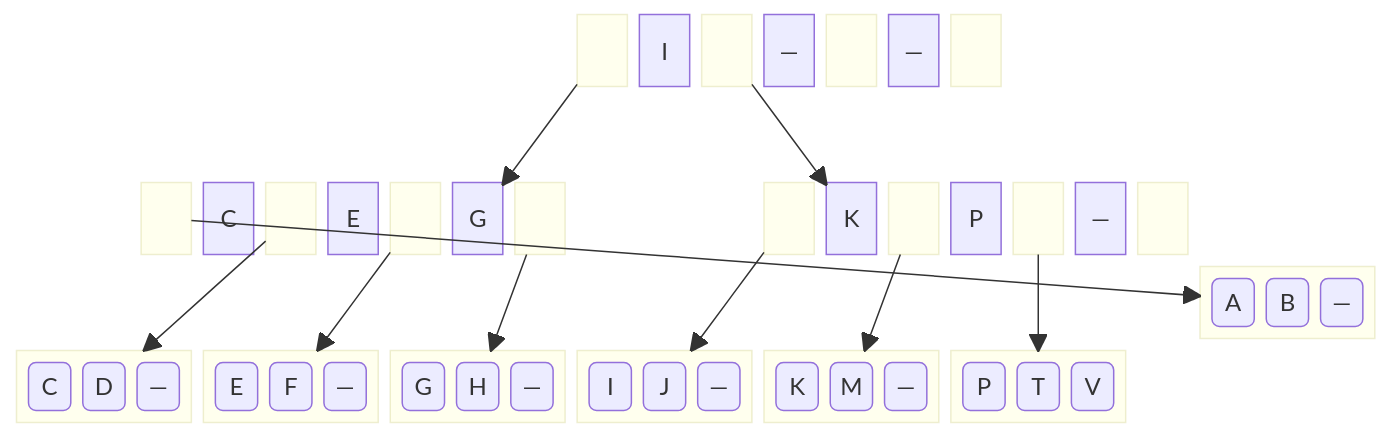
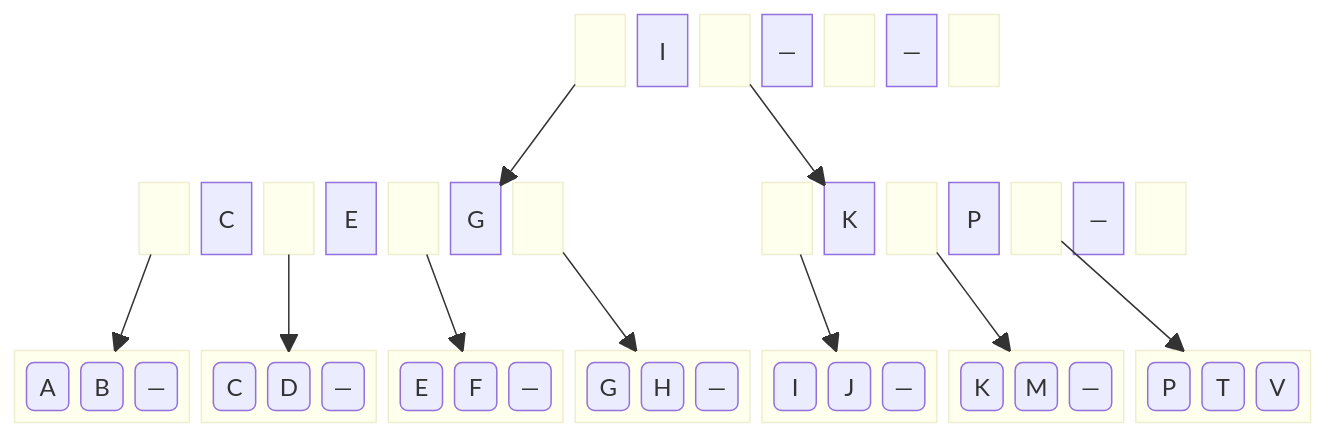
One commit to BenhurUFSM/pod26b changed the eighth of 8 diagrams in Assuntos/busca-ext.md. Above: the diagram before and after it, drawn with Mermaid.

````diff
--- a/Assuntos/busca-ext.md
+++ b/Assuntos/busca-ext.md
@@ -131,32 +131,33 @@
 ```mermaid
 block
   columns 21
   space:9
   block:rl1 space end ra["I"] block:rl2 space end rb["—"] block:rl3 space end rc["—"] block:rl4 space end
   space:5
   space:21
 
   space:2
   block:i1l1 space end i1a["C"] block:i1l2 space end i1b["E"] block:i1l3 space end i1c["G"] block:i1l4 space end
   space:3
   block:i2l1 space end i2a["K"] block:i2l2 space end i2b["P"] block:i2l3 space end i2c["—"] block:i2l4 space end
+  space:2
   space:21
 
   block:f1:3 f1a("A") f1b("B") f1c("—") end
   block:f7:3 f7a("C") f7b("D") f7c("—") end
   block:f5:3 f5a("E") f5b("F") f5c("—") end
   block:f3:3 f3a("G") f3b("H") f3c("—") end
   block:f6:3 f6a("I") f6b("J") f6c("—") end
   block:f4:3 f4a("K") f4b("M") f4c("—") end
   block:f2:3 f2a("P") f2b("T") f2c("V") end
 
   rl1-->i1c
   rl2-->i2a
   i1l1-->f1
   i1l2-->f7
   i1l3-->f5
   i1l4-->f3
   i2l1-->f6
   i2l2-->f4
   i2l3-->f2
 ```
````
